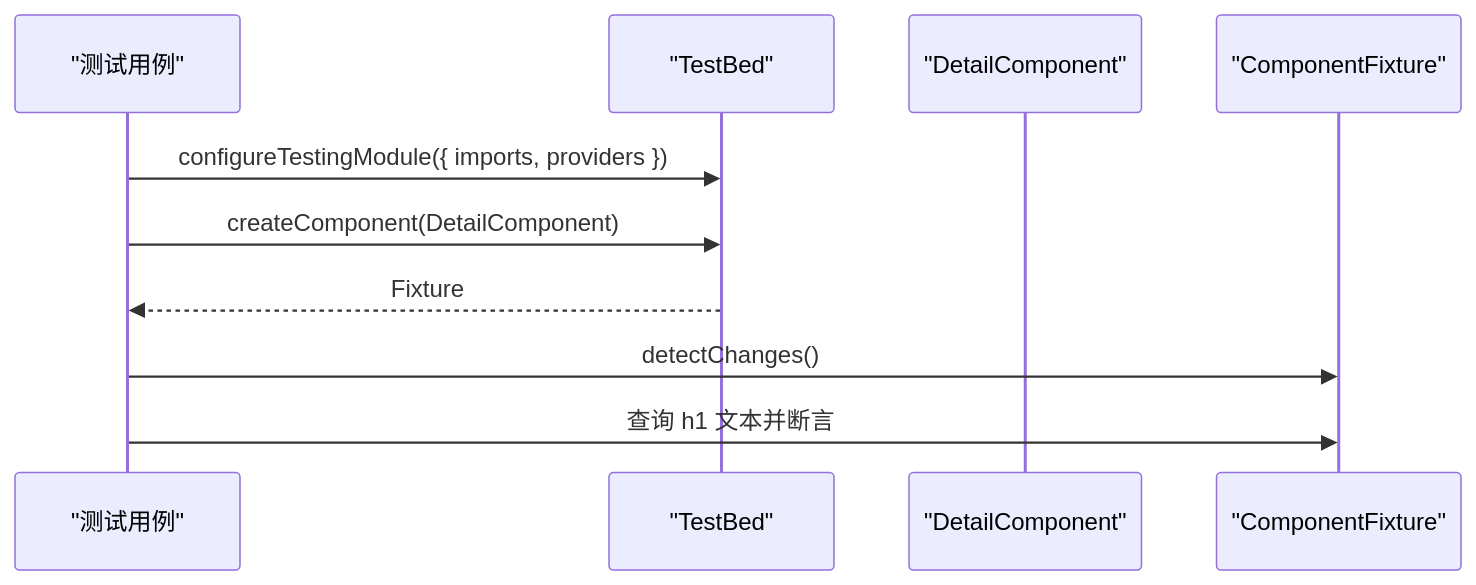
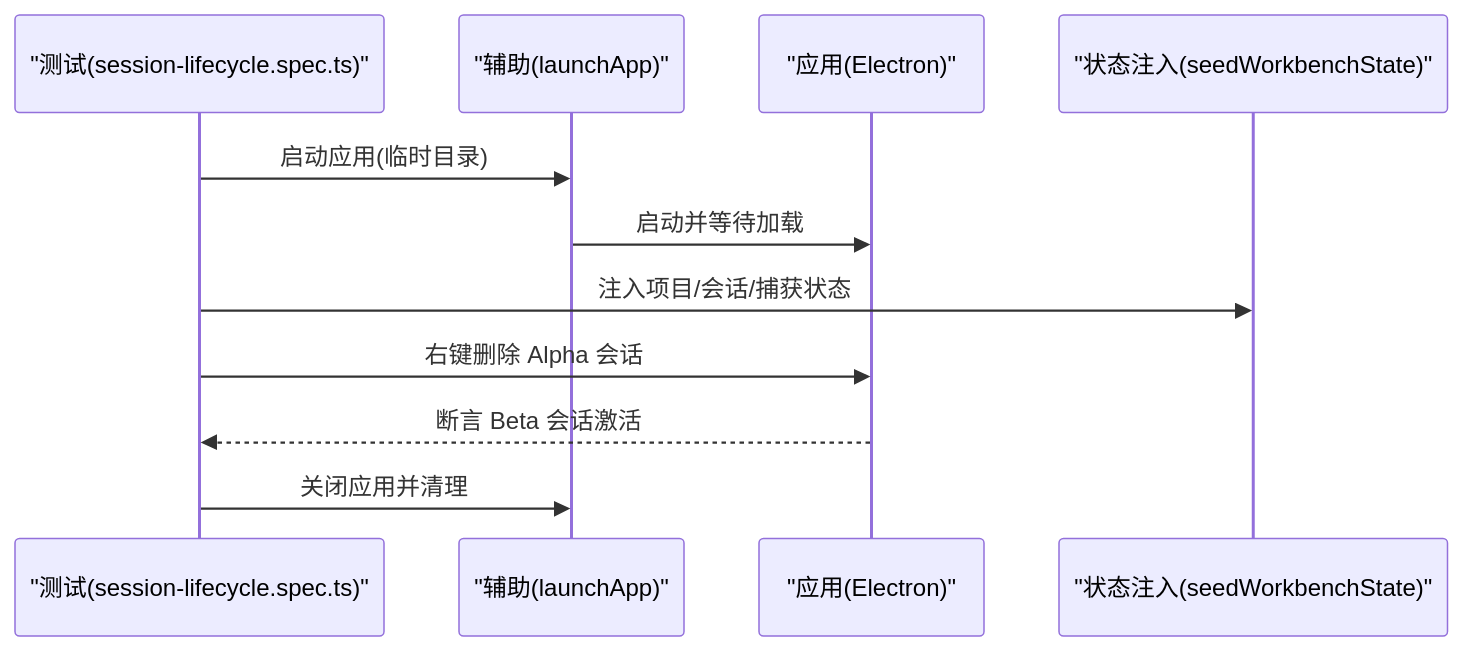
Before and after one commit to haolange/RDC-Agent: the third of 5 diagrams in .qoder/repowiki/zh/content/测试策略/测试策略.md, drawn with Mermaid. The commit also changed other lines of this file and 84 other files, not shown here.

````diff
--- a/.qoder/repowiki/zh/content/测试策略/测试策略.md
+++ b/.qoder/repowiki/zh/content/测试策略/测试策略.md
@@ -174,12 +192,13 @@
 ```mermaid
 sequenceDiagram
-participant Test as "测试用例"
-participant TestBed as "TestBed"
-participant Comp as "DetailComponent"
-participant Fixture as "ComponentFixture"
-Test->>TestBed : configureTestingModule({ imports, providers })
-Test->>TestBed : createComponent(DetailComponent)
-TestBed-->>Test : Fixture
-Test->>Fixture : detectChanges()
-Test->>Fixture : 查询 h1 文本并断言
+participant T as "测试(session-lifecycle.spec.ts)"
+participant H as "辅助(launchApp)"
+participant A as "应用(Electron)"
+participant S as "状态注入(seedWorkbenchState)"
+T->>H : 启动应用(临时目录)
+H->>A : 启动并等待加载
+T->>S : 注入项目/会话/捕获状态
+T->>A : 右键删除 Alpha 会话
+A-->>T : 断言 Beta 会话激活
+T->>H : 关闭应用并清理
 ```
````
